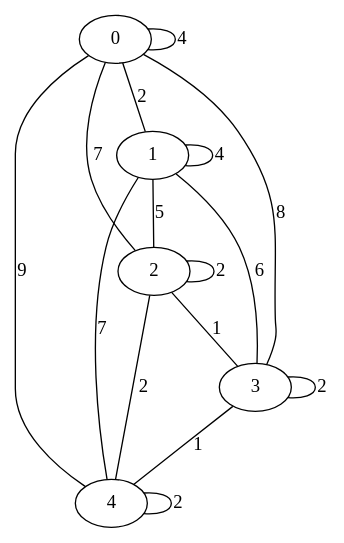
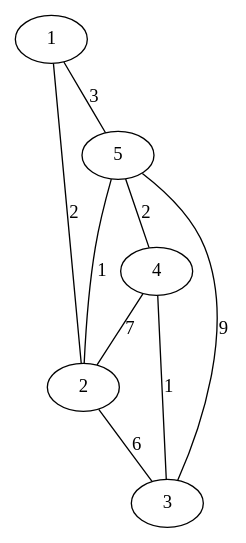
One commit to ChrisChV/Semestre4 changed the diagram in AED CHRISTIAN/Grafos/grafo.dot. Above: the diagram before and after it, drawn with Graphviz. The commit also changed 36 other files, not shown here.

```diff
--- a/AED CHRISTIAN/Grafos/grafo.dot
+++ b/AED CHRISTIAN/Grafos/grafo.dot
@@ -1,2 +1,2 @@
 graph{
-0 -- 1[label ="2"];0 -- 4[label ="9"];1 -- 4[label ="7"];1 -- 2[label ="5"];2 -- 0[label ="7"];2 -- 3[label ="1"];2 -- 4[label ="2"];3 -- 4[label ="1"];0 -- 0[label ="4"];0 -- 3[label ="8"];1 -- 1[label ="4"];1 -- 3[label ="6"];2 -- 2[label ="2"];3 -- 3[label ="2"];4 -- 4[label ="2"];}
+1 -- 2[label ="2"];1 -- 5[label ="3"];5 -- 2[label ="1"];5 -- 4[label ="2"];5 -- 3[label ="9"];2 -- 3[label ="6"];4 -- 2[label ="7"];4 -- 3[label ="1"];}
```
